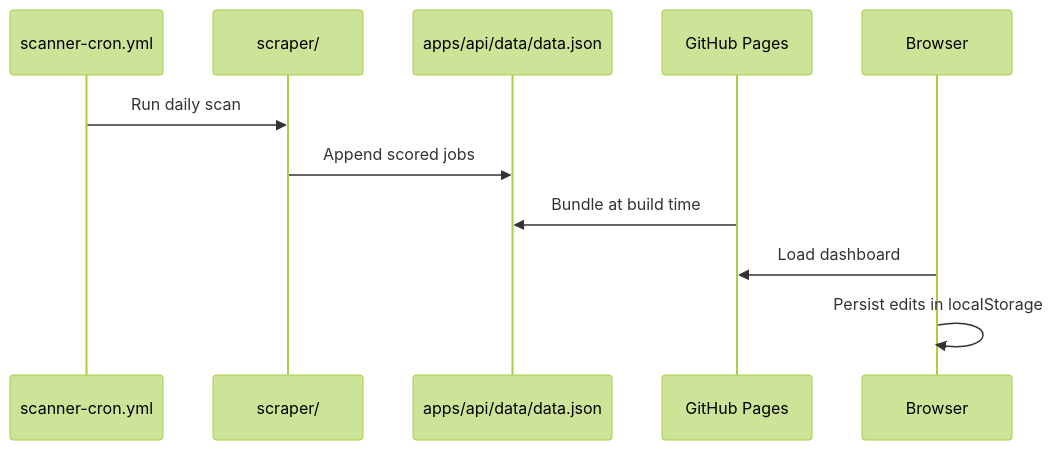
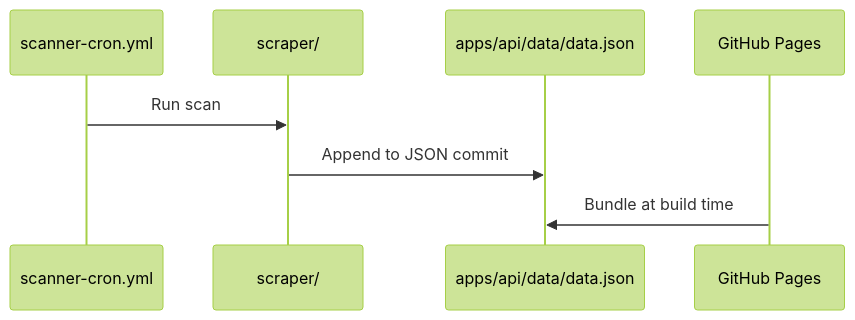
One commit to buhahemal/ai-job-hunting changed the second of 4 diagrams in docs/architecture/overview.md. Above: the diagram before and after it, drawn with Mermaid (forest theme). The commit also changed other lines of this file and 39 other files, not shown here.

First line of the commit message:
feat(database): complete phase 3 Supabase schema and integration

````diff
--- a/docs/architecture/overview.md
+++ b/docs/architecture/overview.md
@@ -17,14 +36,11 @@
 ```mermaid
 sequenceDiagram
     participant Cron as scanner-cron.yml
     participant Scraper as scraper/
     participant Data as apps/api/data/data.json
     participant Pages as GitHub Pages
-    participant User as Browser
 
-    Cron->>Scraper: Run daily scan
-    Scraper->>Data: Append scored jobs
+    Cron->>Scraper: Run scan
+    Scraper->>Data: Append to JSON commit
     Pages->>Data: Bundle at build time
-    User->>Pages: Load dashboard
-    User->>User: Persist edits in localStorage
 ```
````
